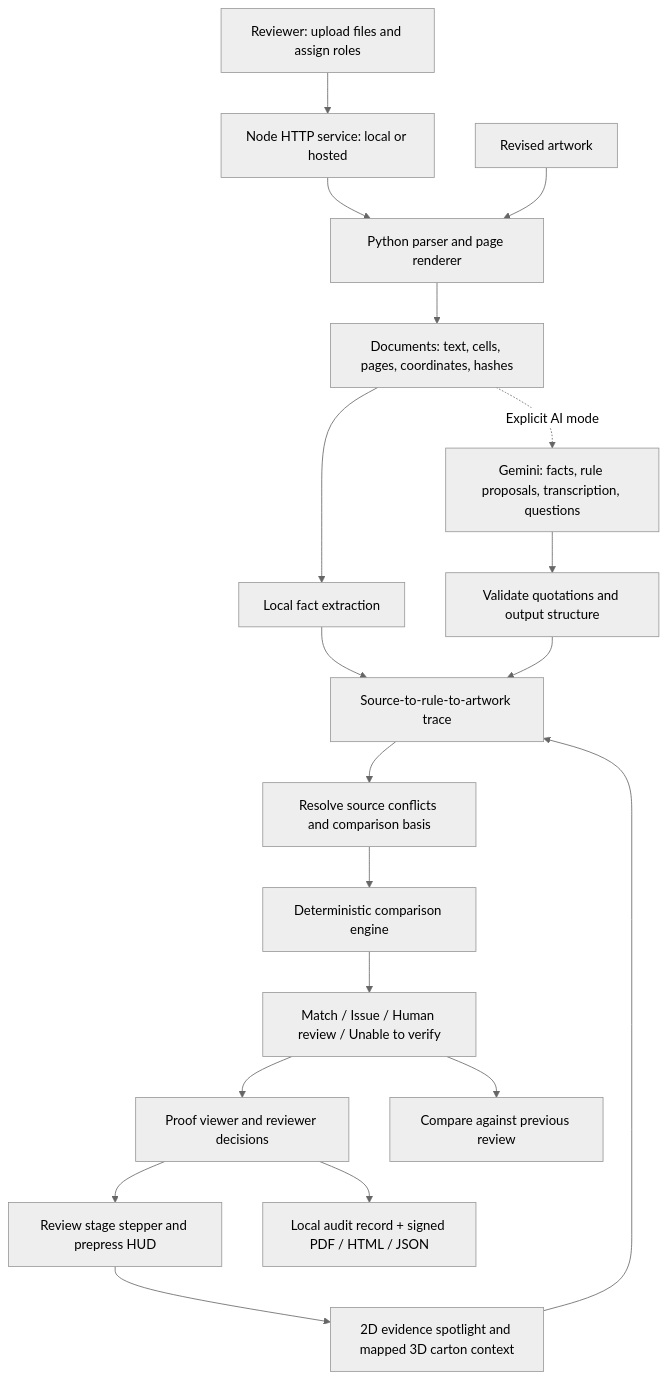
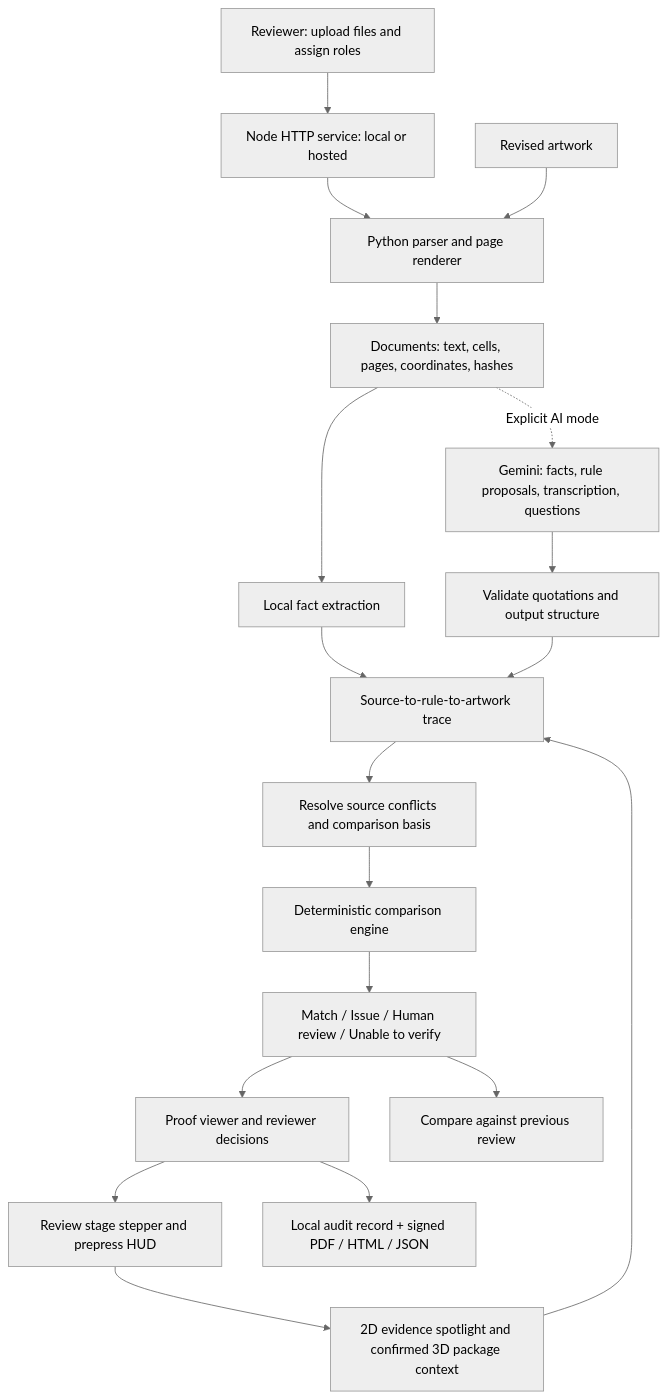
Before and after one commit to YashaswiniM-06/AIFORGE: the diagram in submission/ARCHITECTURE.md, drawn with Mermaid (neutral theme). The commit also changed other lines of this file and 17 other files, not shown here.

````diff
--- a/submission/ARCHITECTURE.md
+++ b/submission/ARCHITECTURE.md
@@ -3,21 +3,21 @@
 ```mermaid
 flowchart TD
   U[Reviewer: upload files and assign roles] --> S[Node HTTP service: local or hosted]
   S --> P[Python parser and page renderer]
   P --> D[Documents: text, cells, pages, coordinates, hashes]
   D --> L[Local fact extraction]
   D -. Explicit AI mode .-> G[Gemini: facts, rule proposals, transcription, questions]
   G --> V[Validate quotations and output structure]
   L --> T[Packaging truth sheet]
   V --> T
   T --> C[Resolve source conflicts and comparison basis]
   C --> E[Deterministic comparison engine]
   E --> F[Match / Issue / Human review / Unable to verify]
   F --> R[Proof viewer and reviewer decisions]
   R --> W[Review stage stepper and prepress HUD]
-  W --> Z[2D evidence spotlight and mapped 3D carton context]
+  W --> Z[2D evidence spotlight and confirmed 3D package context]
   Z --> T[Source-to-rule-to-artwork trace]
   R --> A[Local audit record + signed PDF / HTML / JSON]
   N[Revised artwork] --> P
   F --> X[Compare against previous review]
 ```
````
